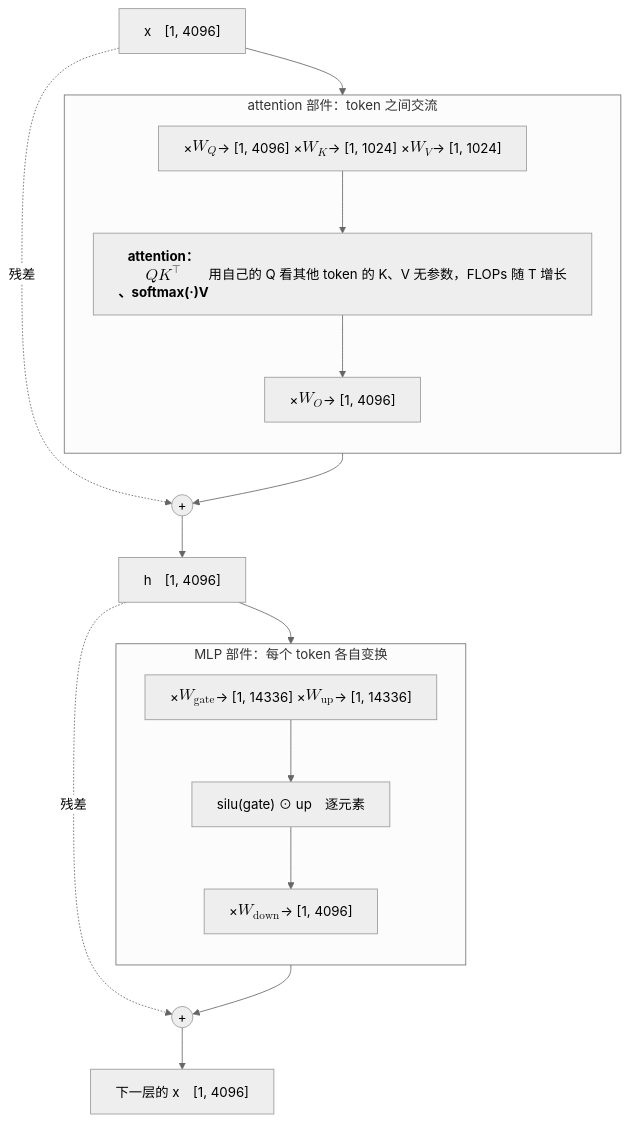
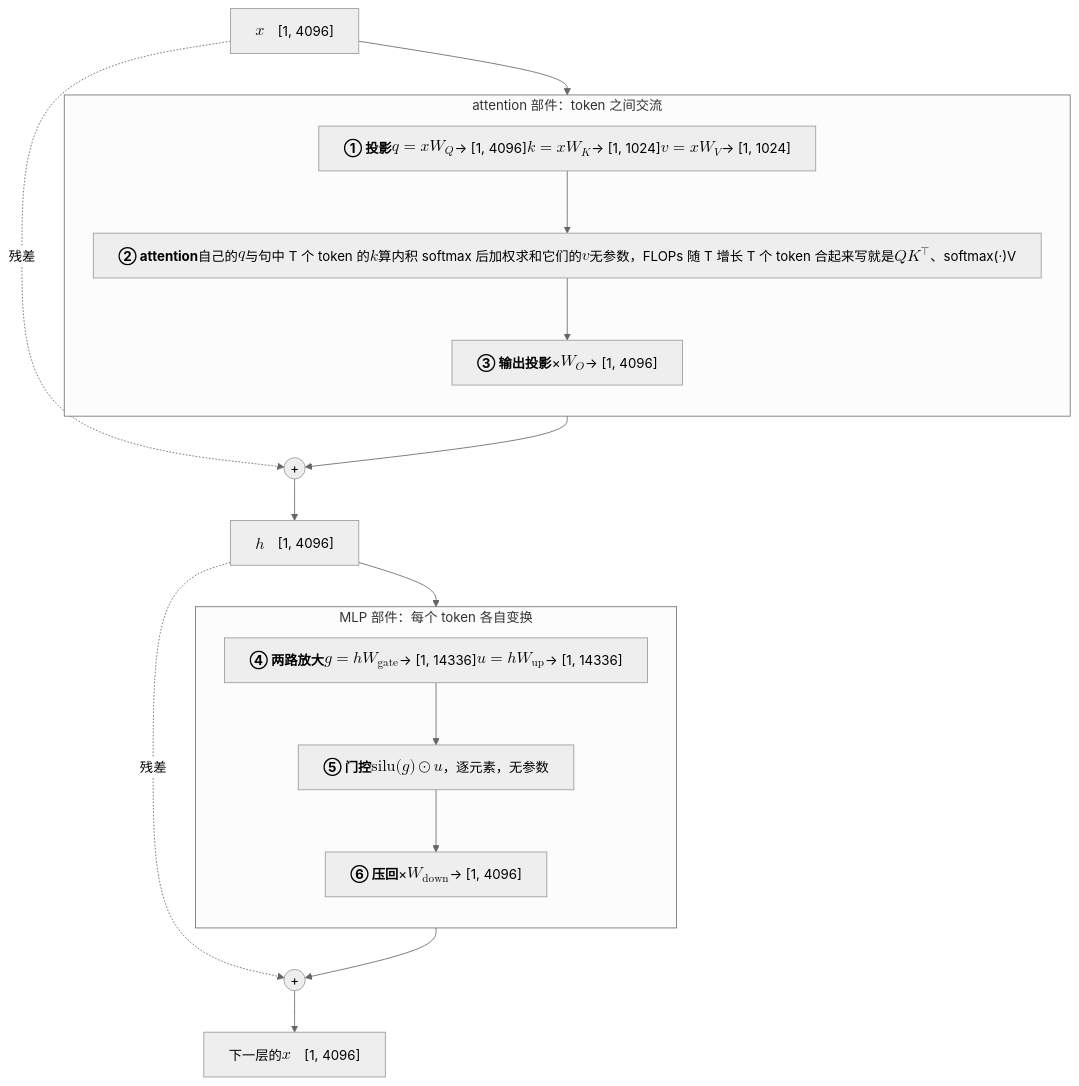
One commit to arganzheng/arganzheng.github.com changed the diagram in _posts/2026-01-08-vectors-matrices-shapes-and-flops.md. Above: the diagram before and after it, drawn with Mermaid (neutral theme). The commit also changed other lines of this file, not shown here.

Commit message:
数学（01）：七个权重矩阵的图与六步表对齐——图里写上等式并标 ①–⑥，统一用小写 q / k / v
回应作者在 Discussion #44 的划线评论（2026-11-15）：
- 表里是小写 q、k、v，图里 attention 方框却是大写 Q、K、V——这张图画的是一个 token，统一成小写；
  T 个 token 合起来的矩阵写法 QK^T 只在方框里注一句
- 表里的等式同步写进图：每个方框标上表的步骤号 ①–⑥ 和对应等式

````diff
--- a/_posts/2026-01-08-vectors-matrices-shapes-and-flops.md
+++ b/_posts/2026-01-08-vectors-matrices-shapes-and-flops.md
@@ -323,26 +323,26 @@
 ```mermaid
-%%{init: {"flowchart": {"wrappingWidth": 180}}}%%
+%%{init: {"flowchart": {"wrappingWidth": 250}}}%%
 %% 图：一个 Transformer 层的七个权重矩阵：attention 部件四个、MLP 部件三个，以 Llama-3-8B 的形状标注
 flowchart TB
-    X["x　[1, 4096]"]
+    X["$$x$$　[1, 4096]"]
     subgraph ATTN["attention 部件：token 之间交流"]
         direction TB
-        P["× $$W_Q$$ → [1, 4096]<br/>× $$W_K$$ → [1, 1024]<br/>× $$W_V$$ → [1, 1024]"]
-        A["<b>attention：$$QK^\top$$、softmax(·)V</b><br/>用自己的 Q 看其他 token 的 K、V<br/>无参数，FLOPs 随 T 增长"]
-        O["× $$W_O$$ → [1, 4096]"]
+        P["<b>① 投影</b><br/>$$q = x W_Q$$ → [1, 4096]<br/>$$k = x W_K$$ → [1, 1024]<br/>$$v = x W_V$$ → [1, 1024]"]
+        A["<b>② attention</b><br/>自己的 $$q$$ 与句中 T 个 token 的 $$k$$ 算内积<br/>softmax 后加权求和它们的 $$v$$<br/>无参数，FLOPs 随 T 增长<br/>T 个 token 合起来写就是 $$QK^\top$$、softmax(·)V"]
+        O["<b>③ 输出投影</b><br/>× $$W_O$$ → [1, 4096]"]
         P --> A --> O
     end
     subgraph MLP["MLP 部件：每个 token 各自变换"]
         direction TB
-        G["× $$W_{\text{gate}}$$ → [1, 14336]<br/>× $$W_{\text{up}}$$ → [1, 14336]"]
-        S["silu(gate) ⊙ up　逐元素"]
-        D["× $$W_{\text{down}}$$ → [1, 4096]"]
+        G["<b>④ 两路放大</b><br/>$$g = h W_{\text{gate}}$$ → [1, 14336]<br/>$$u = h W_{\text{up}}$$ → [1, 14336]"]
+        S["<b>⑤ 门控</b><br/>$$\text{silu}(g) \odot u$$，逐元素，无参数"]
+        D["<b>⑥ 压回</b><br/>× $$W_{\text{down}}$$ → [1, 4096]"]
         G --> S --> D
     end
     X --> P
-    O --> ADD1(("+")) --> H["h　[1, 4096]"]
+    O --> ADD1(("+")) --> H["$$h$$　[1, 4096]"]
     X -. 残差 .-> ADD1
     H --> G
-    D --> ADD2(("+")) --> Y["下一层的 x　[1, 4096]"]
+    D --> ADD2(("+")) --> Y["下一层的 $$x$$　[1, 4096]"]
     H -. 残差 .-> ADD2
 ```
````
